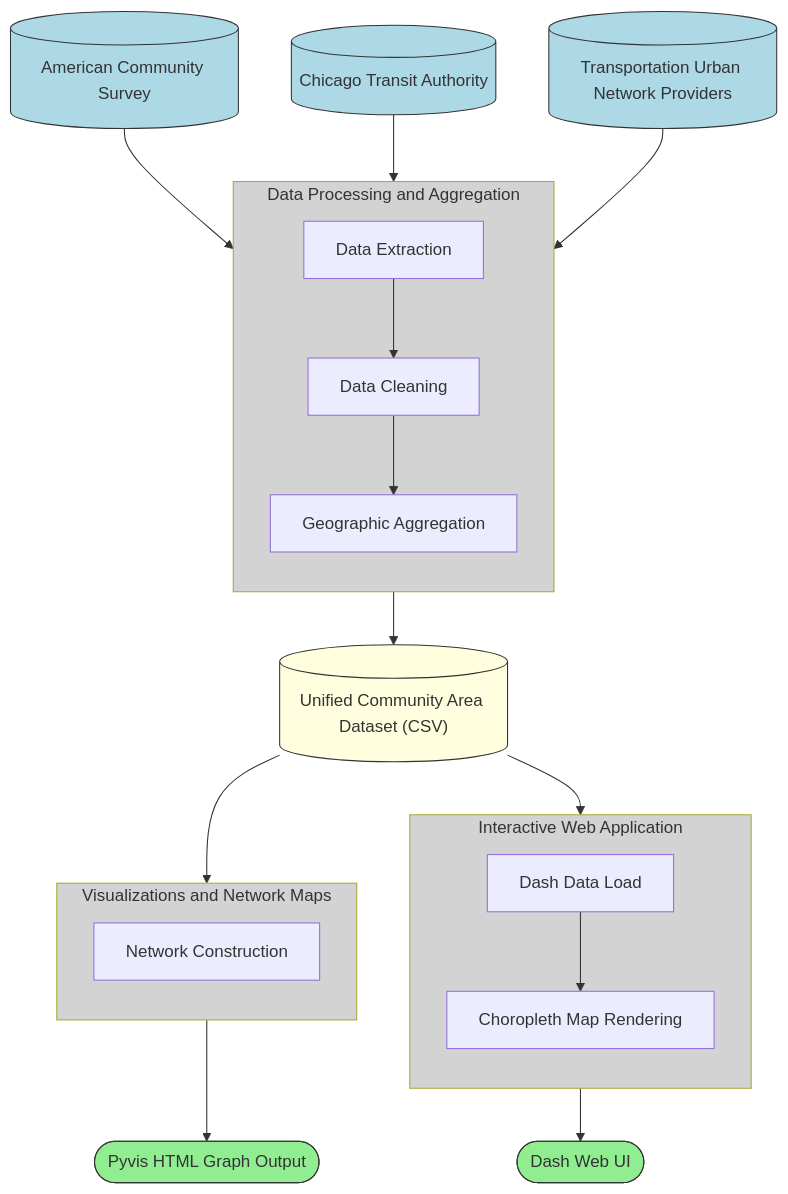
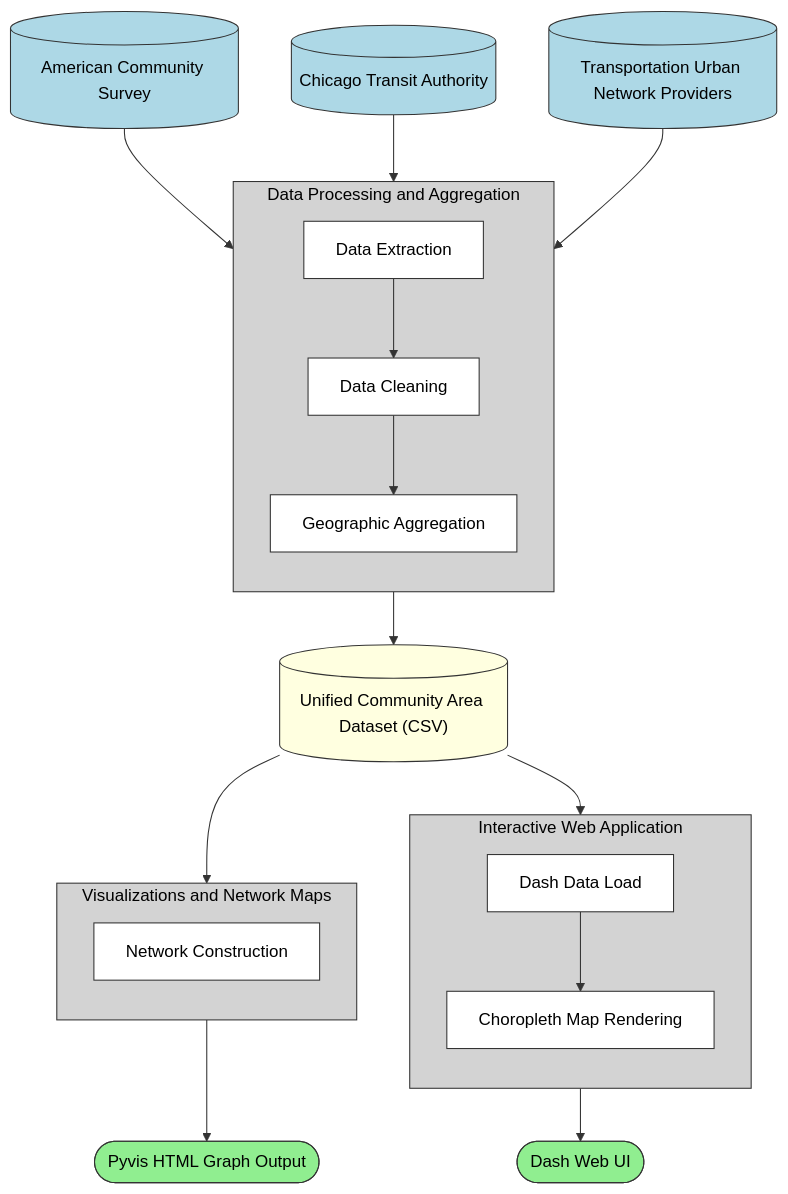
One commit to uchicago-2026-capp30122/project-cdhw changed the second of 2 diagrams in documents/final_milestone.md. Above: the diagram before and after it, drawn with Mermaid. The commit also changed other lines of this file and 2 other files, not shown here.

Commit message:
Format diagrams

````diff
--- a/documents/final_milestone.md
+++ b/documents/final_milestone.md
@@ -156,51 +157,52 @@
 ```mermaid
 graph TB
     ACS[("American Community Survey")]:::lightblue
     CTA[("Chicago Transit Authority")]:::lightblue
     TUNP[("Transportation Urban Network Providers")]:::lightblue
     Dataset[("Unified Community Area Dataset (CSV)")]:::lightyellow
     DashUI(["Dash Web UI"]):::lightgreen
     PyvisUI(["Pyvis HTML Graph Output"]):::lightgreen
 
     subgraph cluster_processing ["Data Processing and Aggregation"]
         direction TB
         DataExt["Data Extraction"]
         DataClean["Data Cleaning"]
         GeoAgg["Geographic Aggregation"]
     end
-    style cluster_processing fill:lightgray
+    style cluster_processing fill:lightgray,color:#000000,stroke:#333333
     
     subgraph cluster_dash ["Interactive Web Application"]
         direction TB
         DashLoad["Dash Data Load"]
         Choropleth["Choropleth Map Rendering"]
     end
-    style cluster_dash fill:lightgray
+    style cluster_dash fill:lightgray,color:#000000,stroke:#333333
     
     subgraph cluster_viz ["Visualizations and Network Maps"]
         direction TB
         NetConst["Network Construction"]
     end
-    style cluster_viz fill:lightgray
+    style cluster_viz fill:lightgray,color:#000000,stroke:#333333
     
     %% Processing Flow
     ACS --> DataExt
     CTA --> DataExt
     TUNP --> DataExt
     DataExt --> DataClean
     DataClean --> GeoAgg
     GeoAgg --> Dataset
     
     %% Dashboard Flow
     Dataset --> DashLoad
     DashLoad --> Choropleth
     Choropleth --> DashUI
     
     %% Visualization Flow
     Dataset --> NetConst
     NetConst --> PyvisUI
 
-    classDef lightblue fill:lightblue,stroke:#333,stroke-width:1px
-    classDef lightyellow fill:lightyellow,stroke:#333,stroke-width:1px
-    classDef lightgreen fill:lightgreen,stroke:#333,stroke-width:1px
+    classDef default fill:#ffffff,color:#000000,stroke:#333333,stroke-width:1px
+    classDef lightblue fill:lightblue,color:#000000,stroke:#333,stroke-width:1px
+    classDef lightyellow fill:lightyellow,color:#000000,stroke:#333,stroke-width:1px
+    classDef lightgreen fill:lightgreen,color:#000000,stroke:#333,stroke-width:1px
 ```
````
